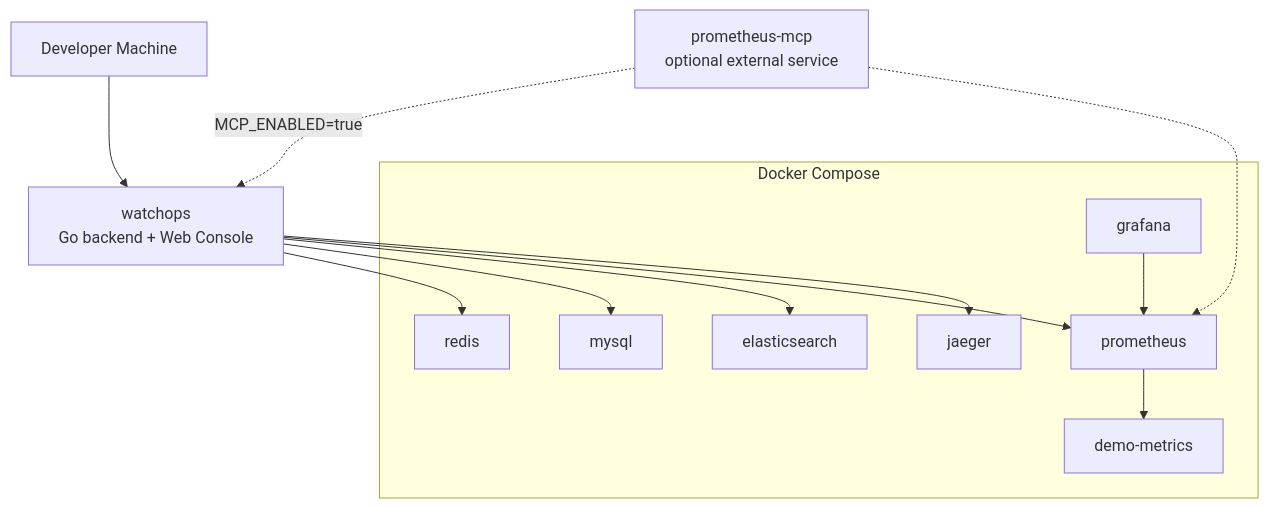
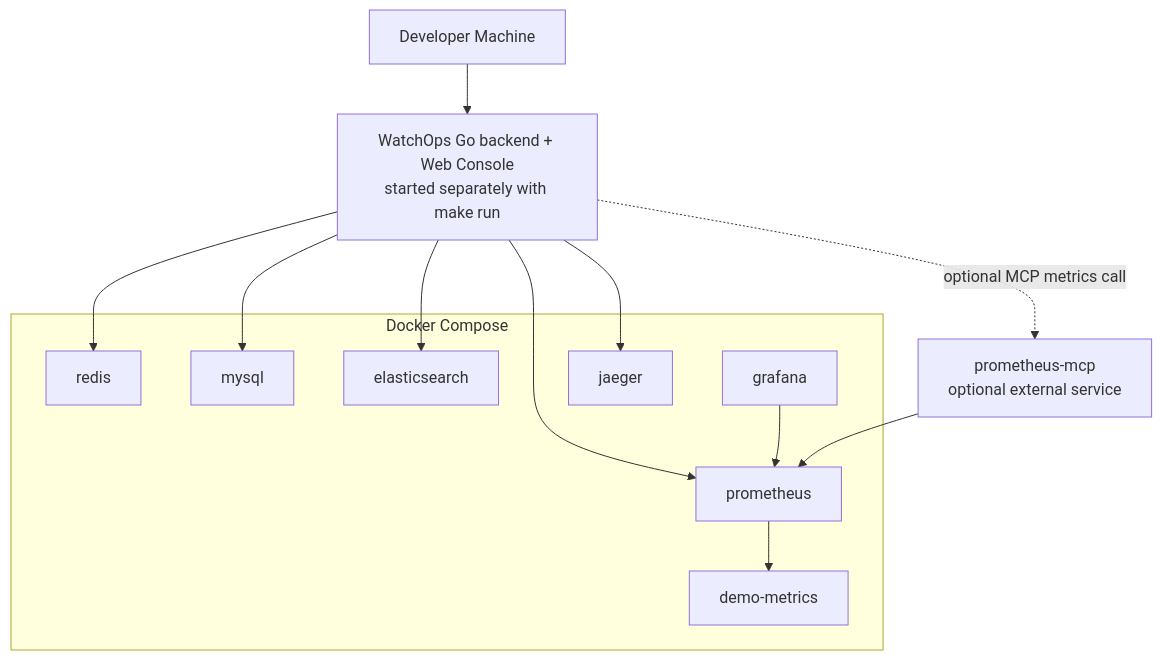
The ninth of 9 diagrams in README.md (jiawei-wang-dev/WatchOps-Lite), drawn with Mermaid before and after one commit. The commit also changed other lines of this file and 1 other file, not shown here.

````diff
--- a/README.md
+++ b/README.md
@@ -316,25 +436,25 @@
 ```mermaid
 flowchart TB
-    DEV["Developer Machine"] --> W["watchops\nGo backend + Web Console"]
+    DEV["Developer Machine"] --> W["WatchOps Go backend + Web Console<br/>started separately with make run"]
 
     subgraph Compose["Docker Compose"]
         REDIS["redis"]
         MYSQL["mysql"]
         ES["elasticsearch"]
         PROM["prometheus"]
         GRAF["grafana"]
         JAEGER["jaeger"]
         DEMO["demo-metrics"]
     end
 
     W --> REDIS
     W --> MYSQL
     W --> ES
     W --> PROM
     W --> JAEGER
     PROM --> DEMO
     GRAF --> PROM
 
-    PMCP["prometheus-mcp\noptional external service"] -. MCP_ENABLED=true .-> W
-    PMCP -.-> PROM
+    W -. "optional MCP metrics call" .-> PMCP["prometheus-mcp<br/>optional external service"]
+    PMCP --> PROM
 ```
````
